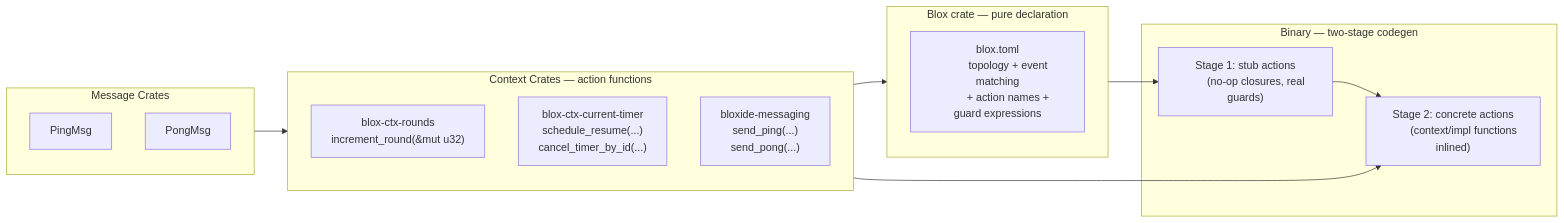
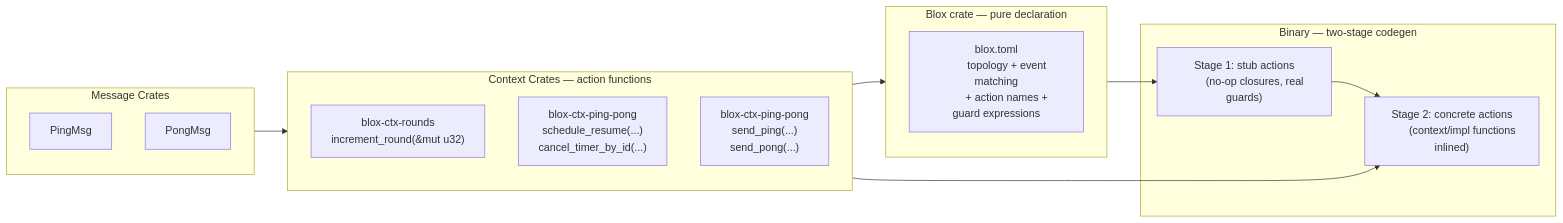
One commit to bloxide-com/bloxide changed the diagram in spec/architecture/06-actions.md. Above: the diagram before and after it, drawn with Mermaid. The commit also changed other lines of this file and 55 other files, not shown here.

````diff
--- a/spec/architecture/06-actions.md
+++ b/spec/architecture/06-actions.md
@@ -19,37 +19,37 @@
 ```mermaid
 flowchart LR
     subgraph msg_crates [Message Crates]
         PingMsg
         PongMsg
     end
 
     subgraph ctx_crates [Context Crates — action functions]
         Rounds["blox-ctx-rounds
         increment_round(&mut u32)"]
-        Timer["blox-ctx-current-timer
+        Timer["blox-ctx-ping-pong
         schedule_resume(...)
         cancel_timer_by_id(...)"]
-        Msg["bloxide-messaging
+        Msg["blox-ctx-ping-pong
         send_ping(...)
         send_pong(...)"]
     end
 
     subgraph blox [Blox crate — pure declaration]
         Topology["blox.toml
         topology + event matching
         + action names + guard expressions"]
     end
 
     subgraph binary [Binary — two-stage codegen]
         Stubs["Stage 1: stub actions
         (no-op closures, real guards)"]
         Concrete["Stage 2: concrete actions
         (context/impl functions inlined)"]
     end
 
     msg_crates --> ctx_crates
     ctx_crates --> blox
     blox --> Stubs
     ctx_crates --> Concrete
     Stubs --> Concrete
 ```
````
